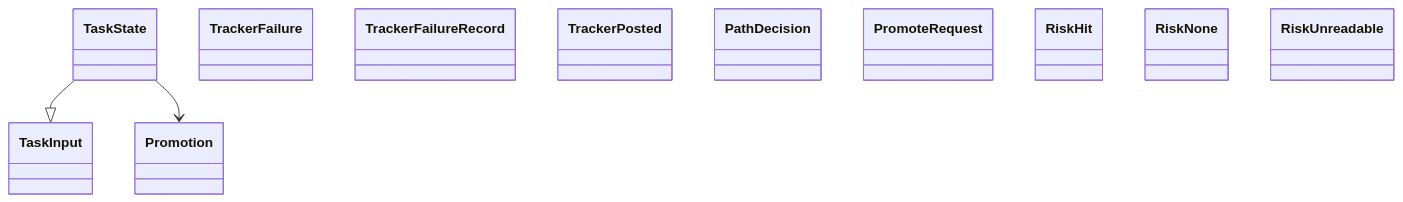
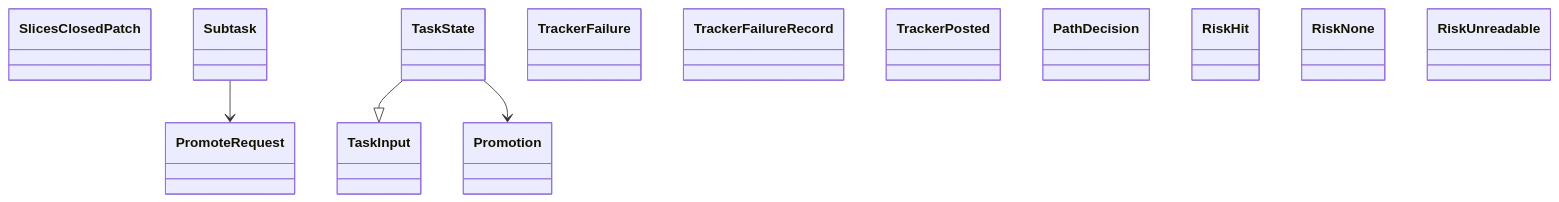
The diagram in docs/architecture/generated/classes-process-domain-state-7.md (GonzaloZevallos/agentic-system), drawn with Mermaid before and after one commit. The commit also changed other lines of this file and 15 other files, not shown here.

Commit message:
Regenerate architecture pages and cluster domain.lead_time

````diff
--- a/docs/architecture/generated/classes-process-domain-state-7.md
+++ b/docs/architecture/generated/classes-process-domain-state-7.md
@@ -24,16 +24,19 @@
 ```mermaid
 classDiagram
+    class task__SlicesClosedPatch["SlicesClosedPatch"]
+    class task__Subtask["Subtask"]
     class task__TaskInput["TaskInput"]
     class task__TaskState["TaskState"]
     class task__TrackerFailure["TrackerFailure"]
     class task__TrackerFailureRecord["TrackerFailureRecord"]
     class task__TrackerPosted["TrackerPosted"]
     class task_path__PathDecision["PathDecision"]
     class task_path__PromoteRequest["PromoteRequest"]
     class task_path__Promotion["Promotion"]
     class task_path__RiskHit["RiskHit"]
     class task_path__RiskNone["RiskNone"]
     class task_path__RiskUnreadable["RiskUnreadable"]
+    task__Subtask --> task_path__PromoteRequest
     task__TaskState --|> task__TaskInput
     task__TaskState --> task_path__Promotion
 ```
````
